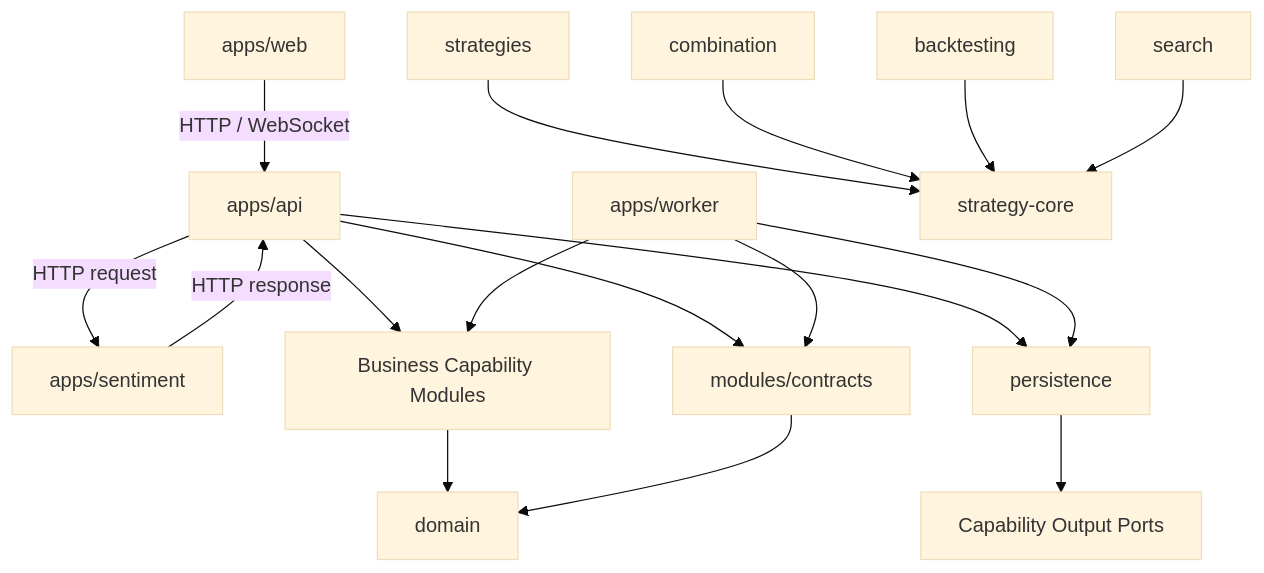
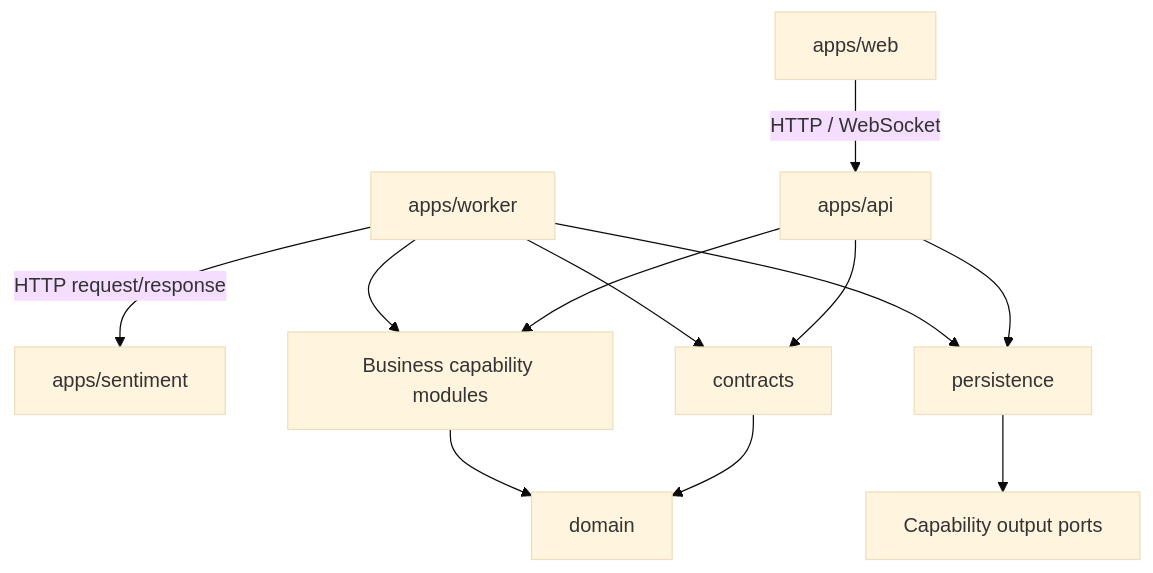
The first of 2 diagrams in docs/adr/0002-module-boundaries.md (PhamVanMinhBinhThuan/crypto-strategy-platform), drawn with Mermaid (base theme) before and after one commit. The commit also changed other lines of this file and 10 other files, not shown here.

````diff
--- a/docs/adr/0002-module-boundaries.md
+++ b/docs/adr/0002-module-boundaries.md
@@ -43,22 +43,17 @@
 ```mermaid
 flowchart TD
-    WEB[apps/web] -->|HTTP / WebSocket| API[apps/api]
-    API -->|HTTP request| SENTIMENT[apps/sentiment]
-    SENTIMENT -->|HTTP response| API
+    WEB["apps/web"] -->|"HTTP / WebSocket"| API["apps/api"]
+    WORKER["apps/worker"] -->|"HTTP request/response"| SENTIMENT["apps/sentiment"]
 
-    API --> CONTRACTS["modules/contracts"]
-    WORKER[apps/worker] --> CONTRACTS
-    API --> CAPABILITIES[Business Capability Modules]
+    API --> CONTRACTS["contracts"]
+    WORKER --> CONTRACTS
+    API --> CAPABILITIES["Business capability modules"]
     WORKER --> CAPABILITIES
-    API --> PERSISTENCE[persistence]
+
+    API --> PERSISTENCE["persistence"]
     WORKER --> PERSISTENCE
+    PERSISTENCE --> PORTS["Capability output ports"]
 
-    PERSISTENCE --> PORTS[Capability Output Ports]
-    CAPABILITIES --> DOMAIN[domain]
-    CONTRACTS --> DOMAIN
-
-    STRATEGIES[strategies] --> STRATEGY_CORE[strategy-core]
-    COMBINATION[combination] --> STRATEGY_CORE
-    BACKTESTING[backtesting] --> STRATEGY_CORE
-    SEARCH[search] --> STRATEGY_CORE
+    CONTRACTS --> DOMAIN["domain"]
+    CAPABILITIES --> DOMAIN
 ```
````
